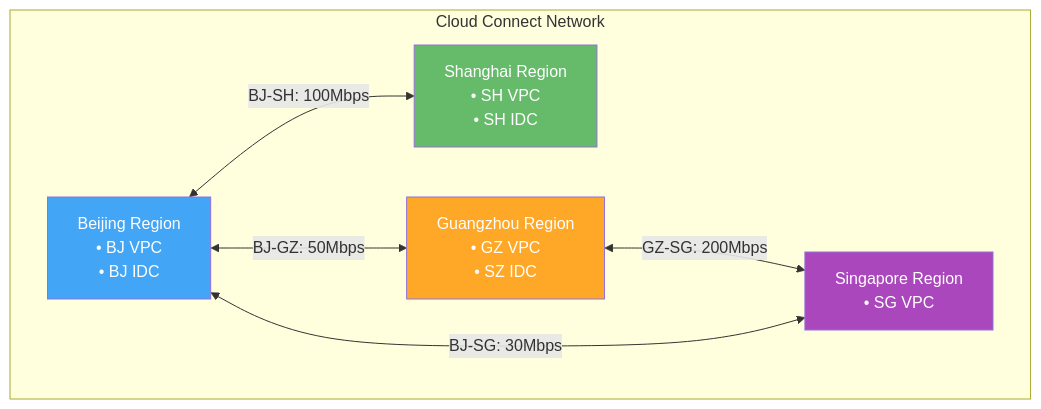
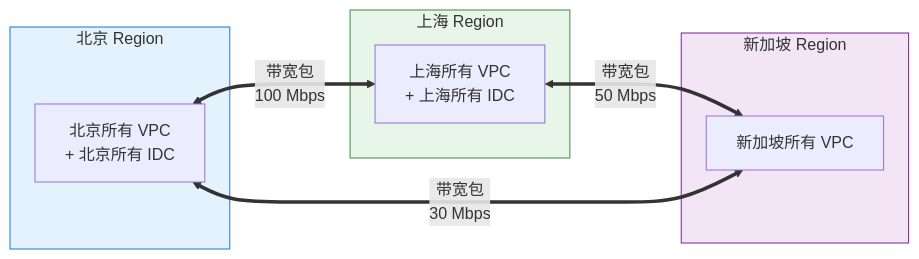
Before and after one commit to caozhiyi/network-book: the second of 4 diagrams in docs/22.统一管理云和IDC的连接云联网的纵向扩展.md, drawn with Mermaid. The commit also changed other lines of this file and 36 other files, not shown here.

````diff
--- a/docs/22.统一管理云和IDC的连接云联网的纵向扩展.md
+++ b/docs/22.统一管理云和IDC的连接云联网的纵向扩展.md
@@ -136,19 +77,20 @@
 ```mermaid
-graph TB
-    subgraph CCN["Cloud Connect Network"]
-        BJ["Beijing Region<br/>• BJ VPC<br/>• BJ IDC"]
-        SH["Shanghai Region<br/>• SH VPC<br/>• SH IDC"]
-        GZ["Guangzhou Region<br/>• GZ VPC<br/>• SZ IDC"]
-        SG["Singapore Region<br/>• SG VPC"]
+graph LR
+    subgraph BJ["北京 Region"]
+        BJ_all["北京所有 VPC<br/>+ 北京所有 IDC"]
+    end
+    subgraph SH["上海 Region"]
+        SH_all["上海所有 VPC<br/>+ 上海所有 IDC"]
+    end
+    subgraph SG["新加坡 Region"]
+        SG_all["新加坡所有 VPC"]
     end
 
-    BJ <-->|"BJ-SH: 100Mbps"| SH
-    BJ <-->|"BJ-GZ: 50Mbps"| GZ
-    GZ <-->|"GZ-SG: 200Mbps"| SG
-    BJ <-->|"BJ-SG: 30Mbps"| SG
+    BJ_all <==>|"带宽包<br/>100 Mbps"| SH_all
+    SH_all <==>|"带宽包<br/>50 Mbps"| SG_all
+    BJ_all <==>|"带宽包<br/>30 Mbps"| SG_all
 
-    style BJ fill:#42a5f5,color:#fff
-    style SH fill:#66bb6a,color:#fff
-    style GZ fill:#ffa726,color:#fff
-    style SG fill:#ab47bc,color:#fff
+    style BJ fill:#e3f2fd,stroke:#1976d2
+    style SH fill:#e8f5e9,stroke:#388e3c
+    style SG fill:#f3e5f5,stroke:#7b1fa2
 ```
````
